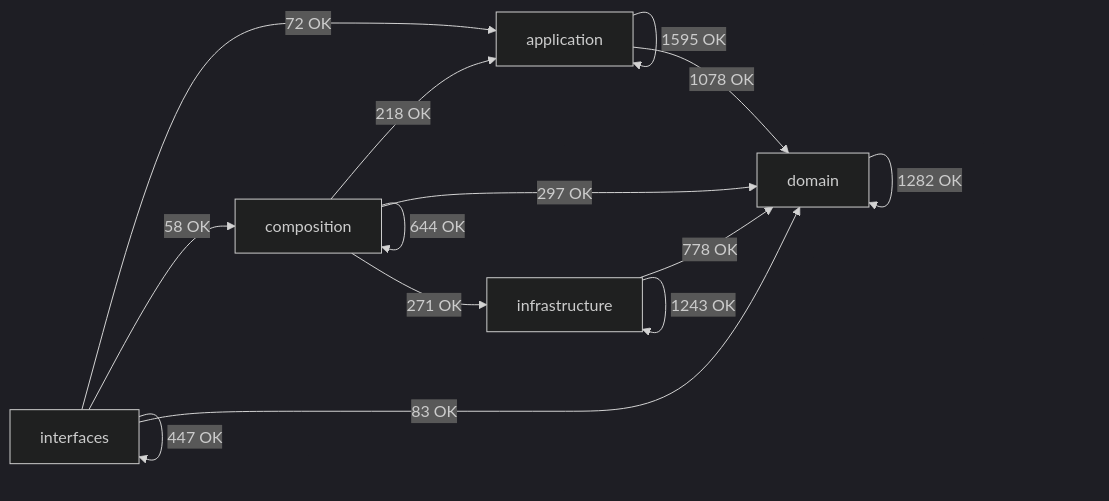
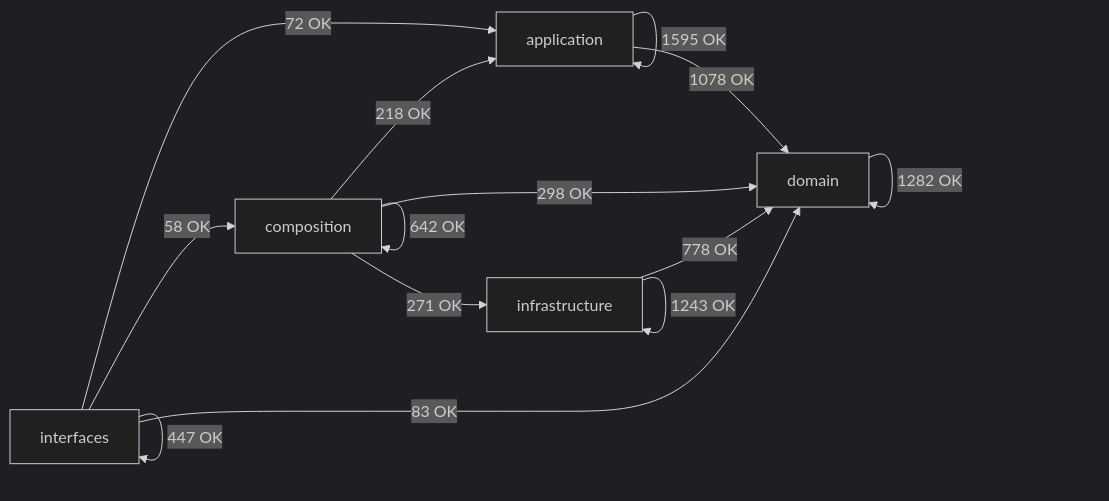
One commit to SatoryKono/BioactivityDataAcquisition changed the diagram in docs/02-architecture/generated/module-dependency-map.md. Above: the diagram before and after it, drawn with Mermaid (dark theme). The commit also changed other lines of this file and 182 other files, not shown here.

Commit message:
Repair architecture ownership guards and verify honest local telemetry provenance

````diff
--- a/docs/02-architecture/generated/module-dependency-map.md
+++ b/docs/02-architecture/generated/module-dependency-map.md
@@ -17,21 +17,21 @@
 ```mermaid
 flowchart LR
     domain[domain]
     application[application]
     infrastructure[infrastructure]
     composition[composition]
     interfaces[interfaces]
     application -->|1595 OK| application
     application -->|1078 OK| domain
     composition -->|218 OK| application
-    composition -->|644 OK| composition
-    composition -->|297 OK| domain
+    composition -->|642 OK| composition
+    composition -->|298 OK| domain
     composition -->|271 OK| infrastructure
     domain -->|1282 OK| domain
     infrastructure -->|778 OK| domain
     infrastructure -->|1243 OK| infrastructure
     interfaces -->|72 OK| application
     interfaces -->|58 OK| composition
     interfaces -->|83 OK| domain
     interfaces -->|447 OK| interfaces
 ```
````
